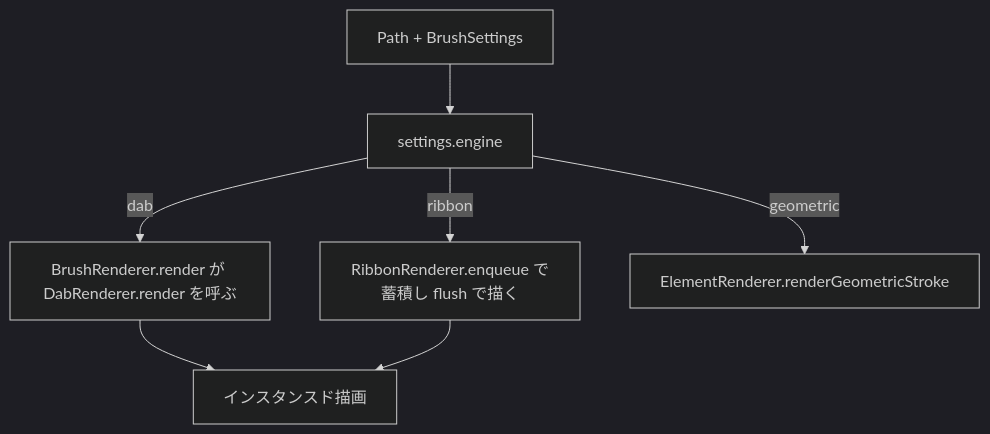
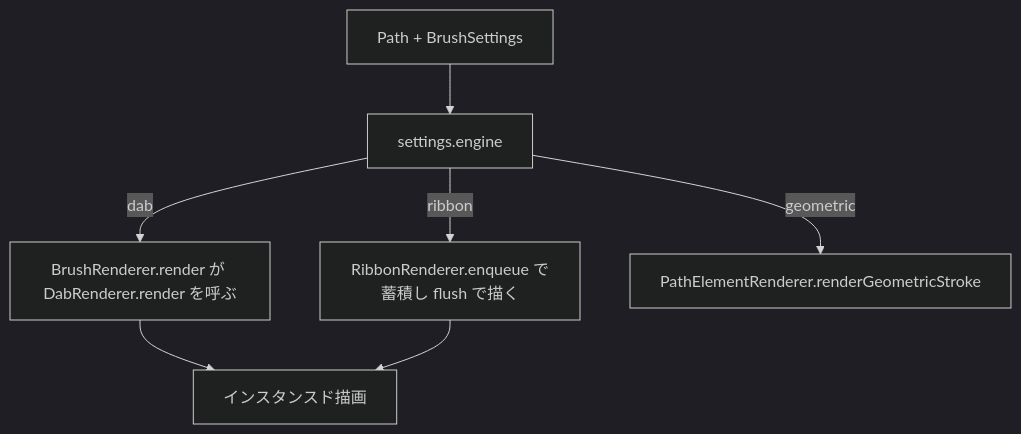
One commit to hanakla/paplico changed the first of 3 diagrams in pkgs/web/src/app/devdocs/renderer/brush/page.mdx. Above: the diagram before and after it, drawn with Mermaid (dark theme). The commit also changed other lines of this file and 37 other files, not shown here.

````diff
--- a/pkgs/web/src/app/devdocs/renderer/brush/page.mdx
+++ b/pkgs/web/src/app/devdocs/renderer/brush/page.mdx
@@ -14,9 +14,9 @@
 ```mermaid
 flowchart TD
     A[Path + BrushSettings] --> B[settings.engine]
     B -->|dab| C["BrushRenderer.render が DabRenderer.render を呼ぶ"]
     B -->|ribbon| D["RibbonRenderer.enqueue で蓄積し flush で描く"]
-    B -->|geometric| E[ElementRenderer.renderGeometricStroke]
+    B -->|geometric| E[PathElementRenderer.renderGeometricStroke]
     C --> F[インスタンスド描画]
     D --> F
 ```
````
